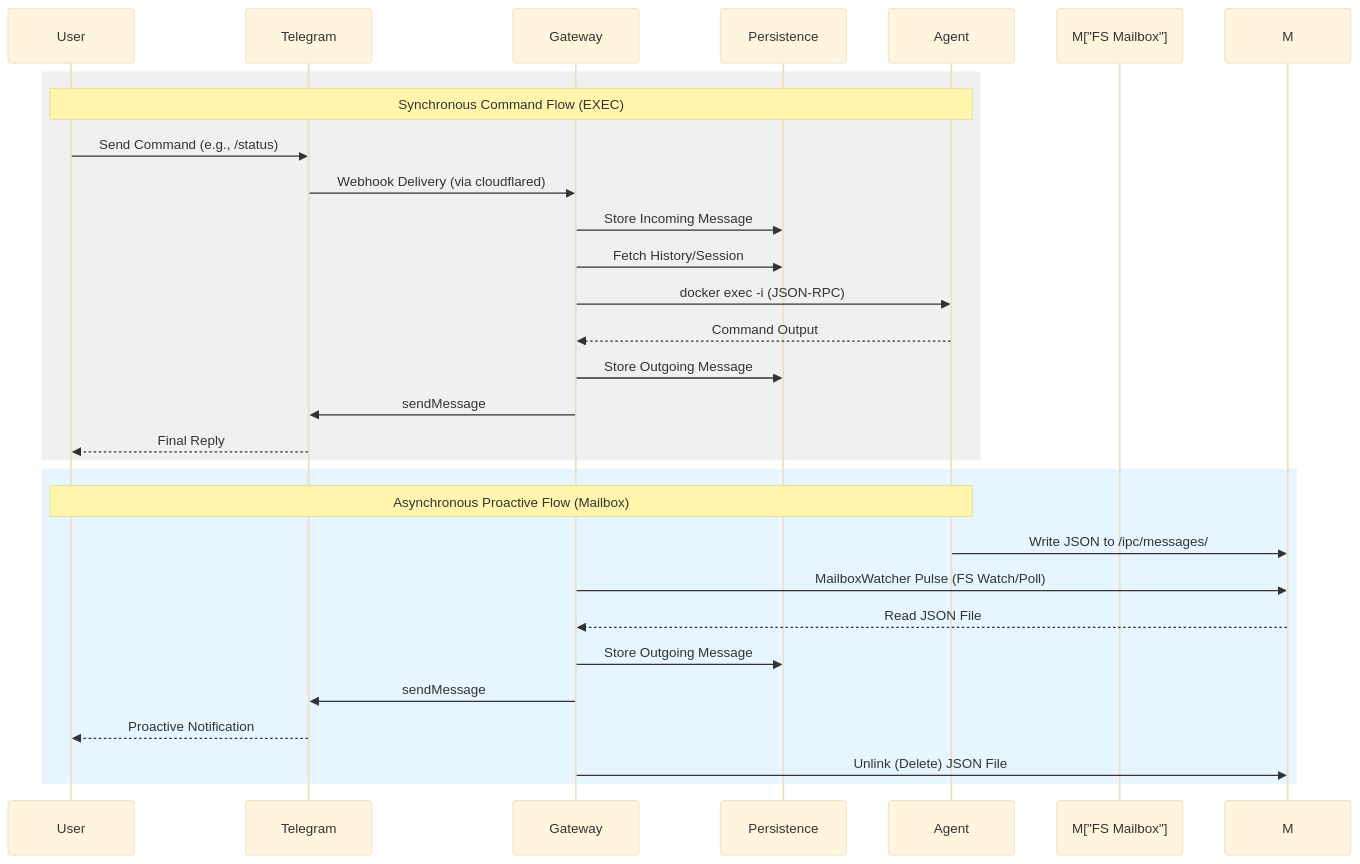
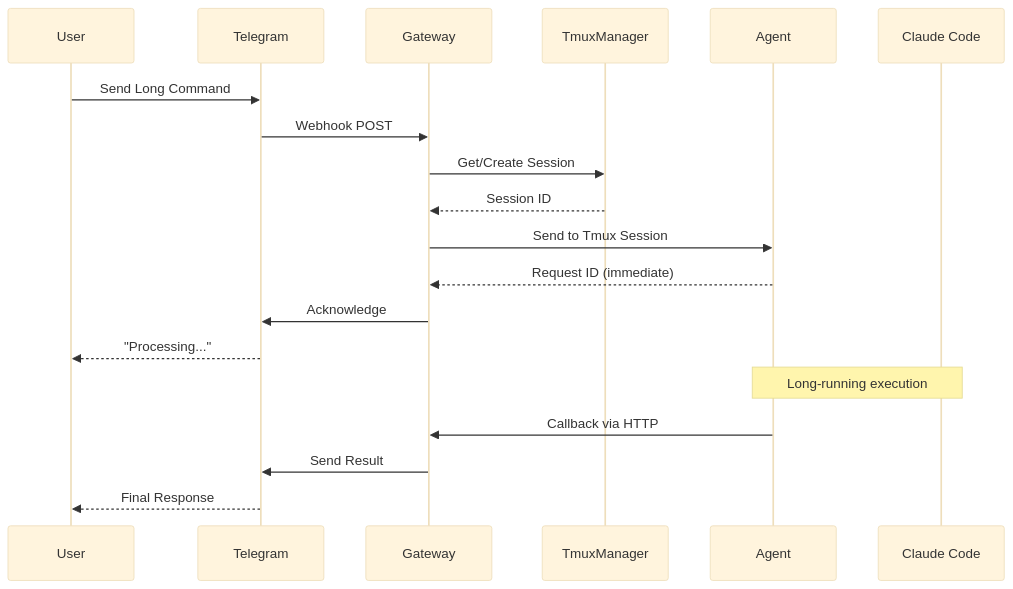
One commit to robinmin/cc-bridge changed the fourth of 4 diagrams in docs/ARCHITECTURE_SPEC.md. Above: the diagram before and after it, drawn with Mermaid (base theme). The commit also changed other lines of this file and 2 other files, not shown here.

Commit message:
feat(all): adjust the architecture to adapt with multiple ipc protocal

````diff
--- a/docs/ARCHITECTURE_SPEC.md
+++ b/docs/ARCHITECTURE_SPEC.md
@@ -54,33 +210,24 @@
 ```mermaid
 sequenceDiagram
     participant U as User
     participant T as Telegram
     participant G as Gateway
-    participant P as Persistence
+    participant TM as TmuxManager
     participant A as Agent
-    participant M["FS Mailbox"]
+    participant C as Claude Code
 
-    rect rgb(240, 240, 240)
-    Note over U, A: Synchronous Command Flow (EXEC)
-    U->>T: Send Command (e.g., /status)
-    T->>G: Webhook Delivery (via cloudflared)
-    G->>P: Store Incoming Message
-    G->>P: Fetch History/Session
-    G->>A: docker exec -i (JSON-RPC)
-    A-->>G: Command Output
-    G->>P: Store Outgoing Message
-    G->>T: sendMessage
-    T-->>U: Final Reply
-    end
+    U->>T: Send Long Command
+    T->>G: Webhook POST
+    G->>TM: Get/Create Session
+    TM-->>G: Session ID
+    G->>A: Send to Tmux Session
+    A-->>G: Request ID (immediate)
+    G->>T: Acknowledge
+    T-->>U: "Processing..."
 
-    rect rgb(230, 245, 255)
-    Note over A, U: Asynchronous Proactive Flow (Mailbox)
-    A->>M: Write JSON to /ipc/messages/
-    G->>M: MailboxWatcher Pulse (FS Watch/Poll)
-    M-->>G: Read JSON File
-    G->>P: Store Outgoing Message
-    G->>T: sendMessage
-    T-->>U: Proactive Notification
-    G->>M: Unlink (Delete) JSON File
-    end
+    Note over A,C: Long-running execution
+
+    A->>G: Callback via HTTP
+    G->>T: Send Result
+    T-->>U: Final Response
 ```
````
